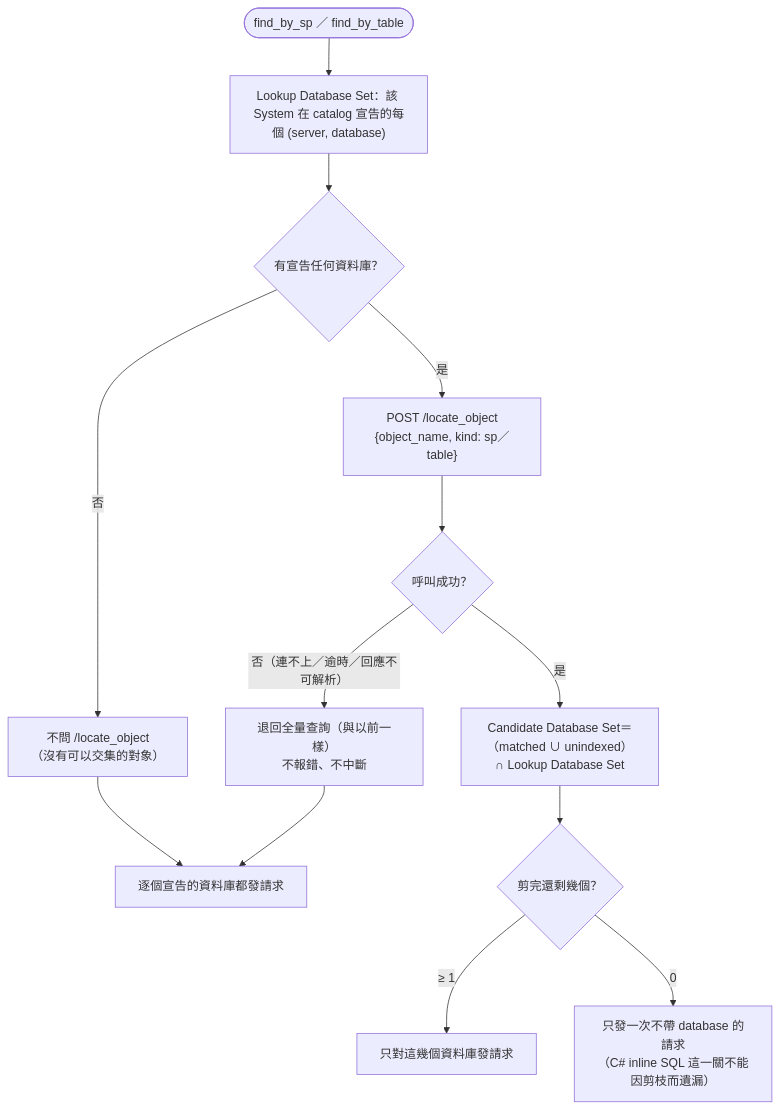
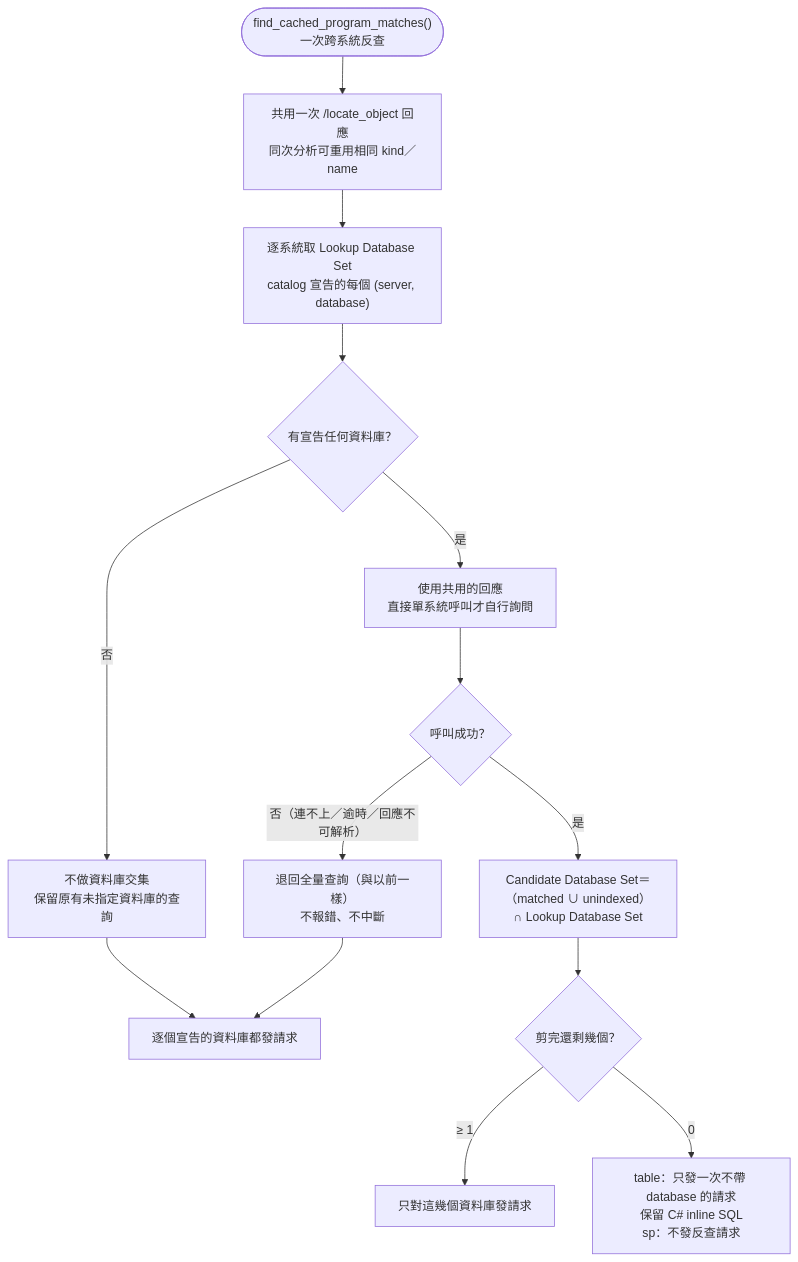
The fifth of 6 diagrams in docs/流程圖_進階.md (vy088772/Impact_analysis_system), drawn with Mermaid before and after one commit. The commit also changed other lines of this file and 3 other files, not shown here.

````diff
--- a/docs/流程圖_進階.md
+++ b/docs/流程圖_進階.md
@@ -268,15 +289,16 @@
 ```mermaid
 flowchart TD
-    Q(["find_by_sp ／ find_by_table"]) --> Declared["Lookup Database Set：該 System 在 catalog 宣告的每個 (server, database)"]
+    Q(["find_cached_program_matches()<br/>一次跨系統反查"]) --> Shared["共用一次 /locate_object 回應<br/>同次分析可重用相同 kind／name"]
+    Shared --> Declared["逐系統取 Lookup Database Set<br/>catalog 宣告的每個 (server, database)"]
     Declared --> Empty{"有宣告任何資料庫？"}
-    Empty -- 否 --> AsIs["不問 /locate_object<br/>（沒有可以交集的對象）"]
-    Empty -- 是 --> Locate["POST /locate_object<br/>{object_name, kind: sp／table}"]
+    Empty -- 否 --> AsIs["不做資料庫交集<br/>保留原有未指定資料庫的查詢"]
+    Empty -- 是 --> Locate["使用共用的回應<br/>直接單系統呼叫才自行詢問"]
     Locate --> Fail{"呼叫成功？"}
     Fail -- "否（連不上／逾時／回應不可解析）" --> AsIs2["退回全量查詢（與以前一樣）<br/>不報錯、不中斷"]
     Fail -- 是 --> Intersect["Candidate Database Set＝<br/>（matched ∪ unindexed）∩ Lookup Database Set"]
     Intersect --> Pruned{"剪完還剩幾個？"}
     Pruned -- "≥ 1" --> Fan["只對這幾個資料庫發請求"]
-    Pruned -- "0" --> InlineOne["只發一次不帶 database 的請求<br/>（C# inline SQL 這一關不能因剪枝而遺漏）"]
+    Pruned -- "0" --> InlineOne["table：只發一次不帶 database 的請求<br/>保留 C# inline SQL<br/>sp：不發反查請求"]
     AsIs --> Fan2["逐個宣告的資料庫都發請求"]
     AsIs2 --> Fan2
 ```
````
